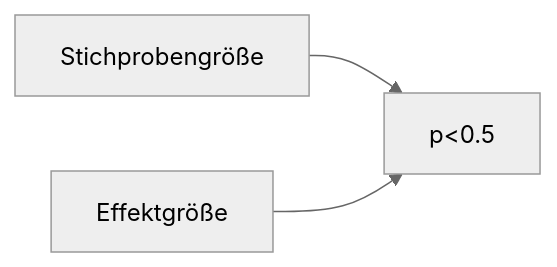
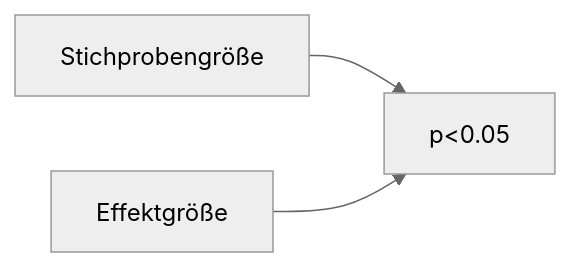
Before and after one commit to sebastiansauer/start-bayes: the second of 2 diagrams in 0250-inferenz.qmd, drawn with Mermaid (neutral theme). The commit also changed other lines of this file and 43 other files, not shown here.

````diff
--- a/0250-inferenz.qmd
+++ b/0250-inferenz.qmd
@@ -843,10 +842,10 @@
 ```{mermaid}
 %%| label: fig-pwert2
 %%| fig-cap: "Der p-Wert ist nicht nur eine Funktion der Effektgröße, sondern auch der Stichprobengröße. Große Stichproben werden zwangsläufig signifikant, sofern der Effekt nicht exakt Null ist."
 flowchart LR
 S[Stichprobengröße]
 E[Effektgröße]
-p[p<0.5]
+p[p<0.05]
 S-->p
 E-->p
 ```
````
